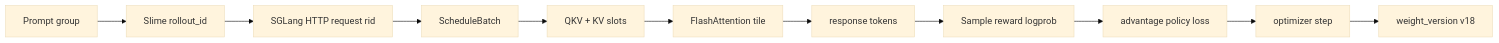
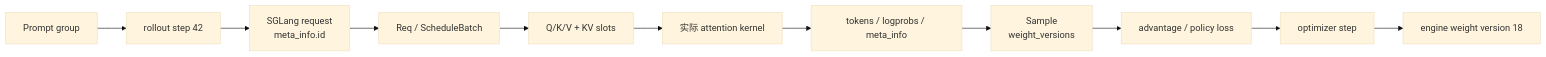
One commit to OnlyHero5/sglang-reading-vault changed the diagram in AI-Infra课程/贯穿案例/从Prompt到新权重.md. Above: the diagram before and after it, drawn with Mermaid (base theme). The commit also changed other lines of this file and 512 other files, not shown here.

````diff
--- a/AI-Infra课程/贯穿案例/从Prompt到新权重.md
+++ b/AI-Infra课程/贯穿案例/从Prompt到新权重.md
@@ -34,13 +63,16 @@
 ```mermaid
 flowchart LR
-    P["Prompt group"] --> R["Slime rollout_id"]
-    R --> H["SGLang HTTP request rid"]
-    H --> B["ScheduleBatch"]
-    B --> Q["QKV + KV slots"]
-    Q --> F["FlashAttention tile"]
-    F --> T["response tokens"]
-    T --> S["Sample reward logprob"]
-    S --> A["advantage policy loss"]
-    A --> O["optimizer step"]
-    O --> W["weight_version v18"]
+    P["Prompt group"]
+    RS["rollout step 42"]
+    REQ["SGLang request<br/>meta_info.id"]
+    B["Req / ScheduleBatch"]
+    Q["Q/K/V + KV slots"]
+    K["实际 attention kernel"]
+    OUT["tokens / logprobs / meta_info"]
+    S["Sample<br/>weight_versions"]
+    L["advantage / policy loss"]
+    O["optimizer step"]
+    W["engine weight version 18"]
+
+    P --> RS --> REQ --> B --> Q --> K --> OUT --> S --> L --> O --> W
 ```
````
